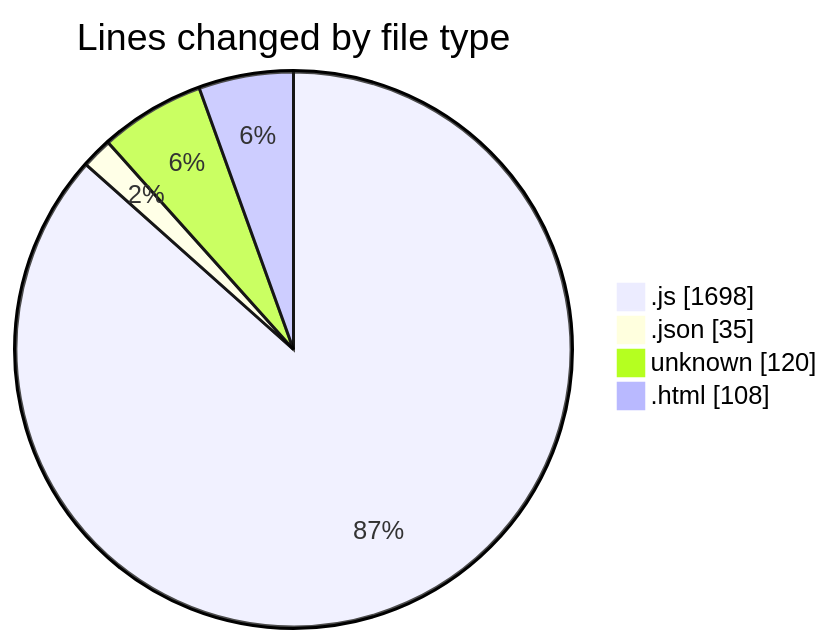
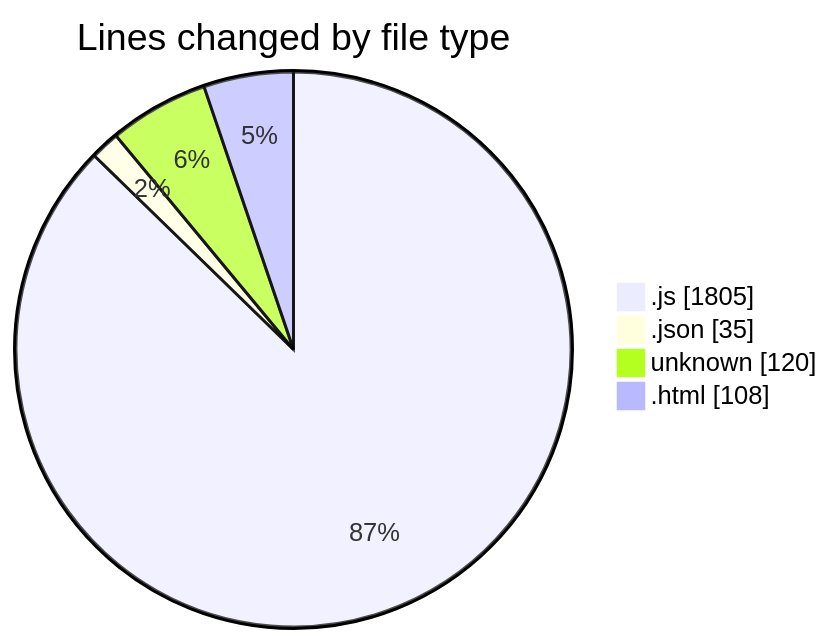
Before and after one commit to becaeroporto-bot/code-tracking: the first of 2 diagrams in 2026-02-20/bot_i_a/README.md, drawn with Mermaid. The commit also changed other lines of this file and 1 other file, not shown here.

````diff
--- a/2026-02-20/bot_i_a/README.md
+++ b/2026-02-20/bot_i_a/README.md
@@ -40,8 +40,8 @@
 ```mermaid
 pie showData
 title Lines changed by file type
-".js" : 1698
+".js" : 1805
 ".json" : 35
 "unknown" : 120
 ".html" : 108
 ```
````
